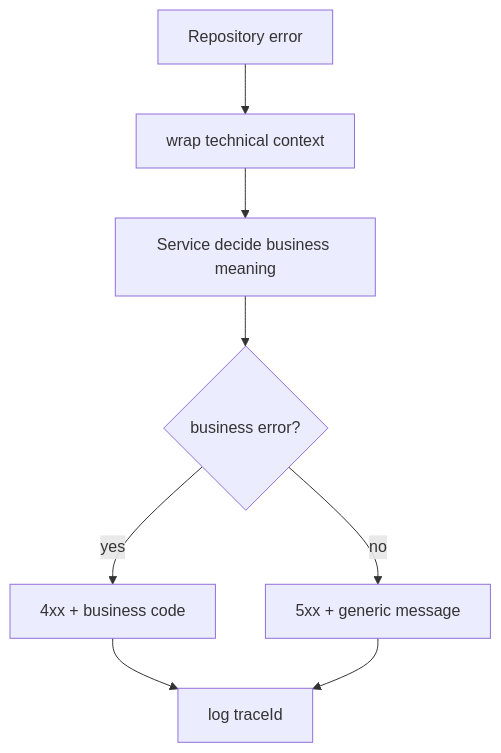
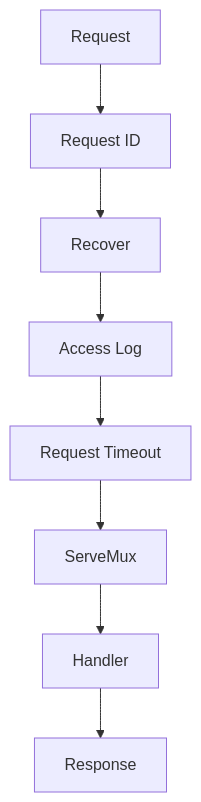
One commit to yokry-he/yok-study-web changed the sixth of 7 diagrams in docs/go/http-api-project-from-zero.md. Above: the diagram before and after it, drawn with Mermaid. The commit also changed other lines of this file and 277 other files, not shown here.

````diff
--- a/docs/go/http-api-project-from-zero.md
+++ b/docs/go/http-api-project-from-zero.md
@@ -528,10 +333,10 @@
 ```mermaid
 flowchart TD
-  A["Repository error"] --> B["wrap technical context"]
-  B --> C["Service decide business meaning"]
-  C --> D{"business error?"}
-  D -- "yes" --> E["4xx + business code"]
-  D -- "no" --> F["5xx + generic message"]
-  E --> G["log traceId"]
-  F --> G
+  A["Request"] --> B["Request ID"]
+  B --> C["Recover"]
+  C --> D["Access Log"]
+  D --> E["Request Timeout"]
+  E --> F["ServeMux"]
+  F --> G["Handler"]
+  G --> H["Response"]
 ```
````
